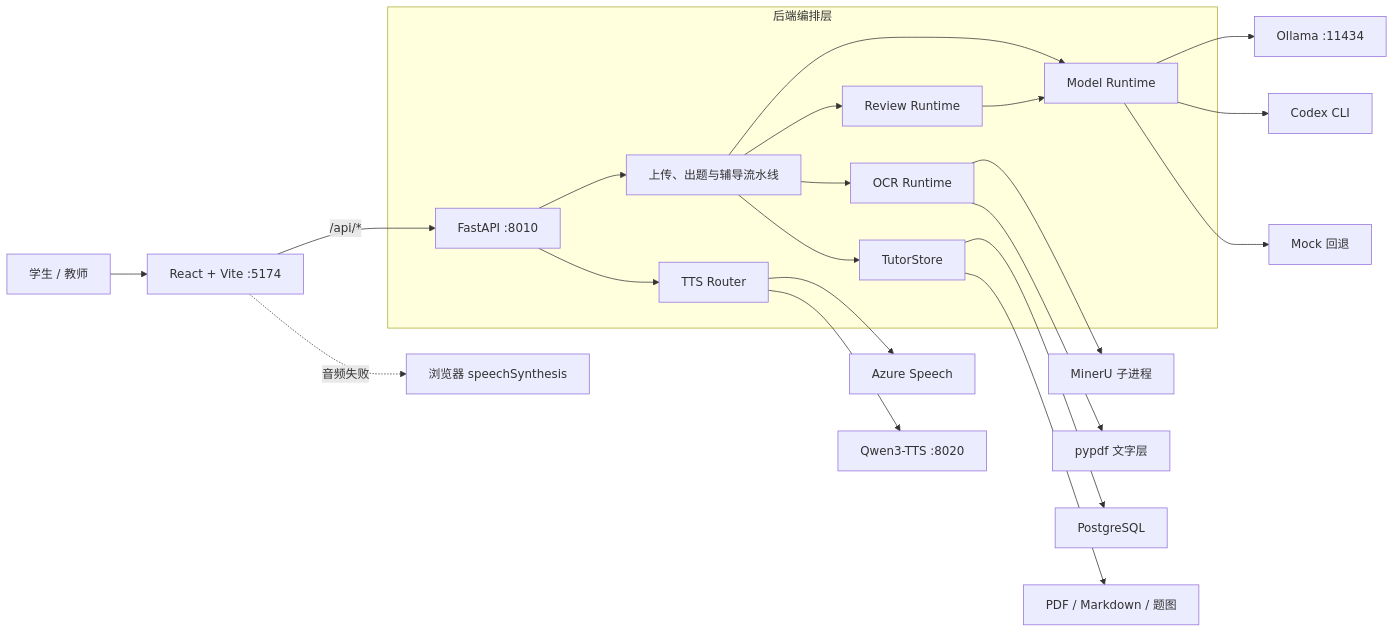
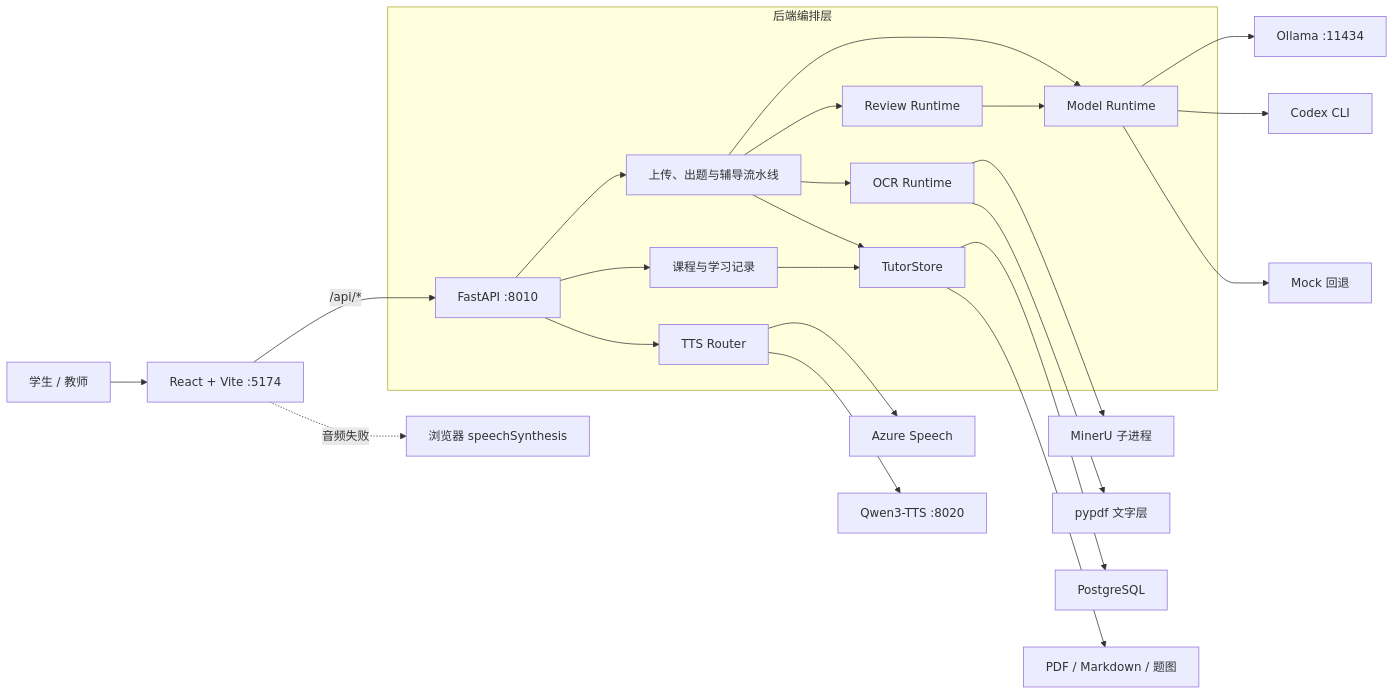
One commit to ningkaikok/dotty-tutor changed the diagram in docs/architecture.md. Above: the diagram before and after it, drawn with Mermaid. The commit also changed other lines of this file and 26 other files, not shown here.

````diff
--- a/docs/architecture.md
+++ b/docs/architecture.md
@@ -10,26 +10,28 @@
 ```mermaid
 flowchart LR
   User["学生 / 教师"] --> Web["React + Vite :5174"]
   Web -->|"/api/*"| API["FastAPI :8010"]
 
   subgraph Backend["后端编排层"]
     API --> Pipeline["上传、出题与辅导流水线"]
+    API --> Learning["课程与学习记录"]
     Pipeline --> OCR["OCR Runtime"]
     Pipeline --> Model["Model Runtime"]
     Pipeline --> Review["Review Runtime"]
     Pipeline --> Store["TutorStore"]
+    Learning --> Store
     API --> TTS["TTS Router"]
     Review --> Model
   end
 
   OCR --> MinerU["MinerU 子进程"]
   OCR --> PyPDF["pypdf 文字层"]
   Model --> Ollama["Ollama :11434"]
   Model --> Codex["Codex CLI"]
   Model --> Mock["Mock 回退"]
   Store --> PostgreSQL["PostgreSQL"]
   Store --> Files["PDF / Markdown / 题图"]
   TTS --> Azure["Azure Speech"]
   TTS --> Qwen["Qwen3-TTS :8020"]
   Web -. "音频失败" .-> BrowserTTS["浏览器 speechSynthesis"]
 ```
````
